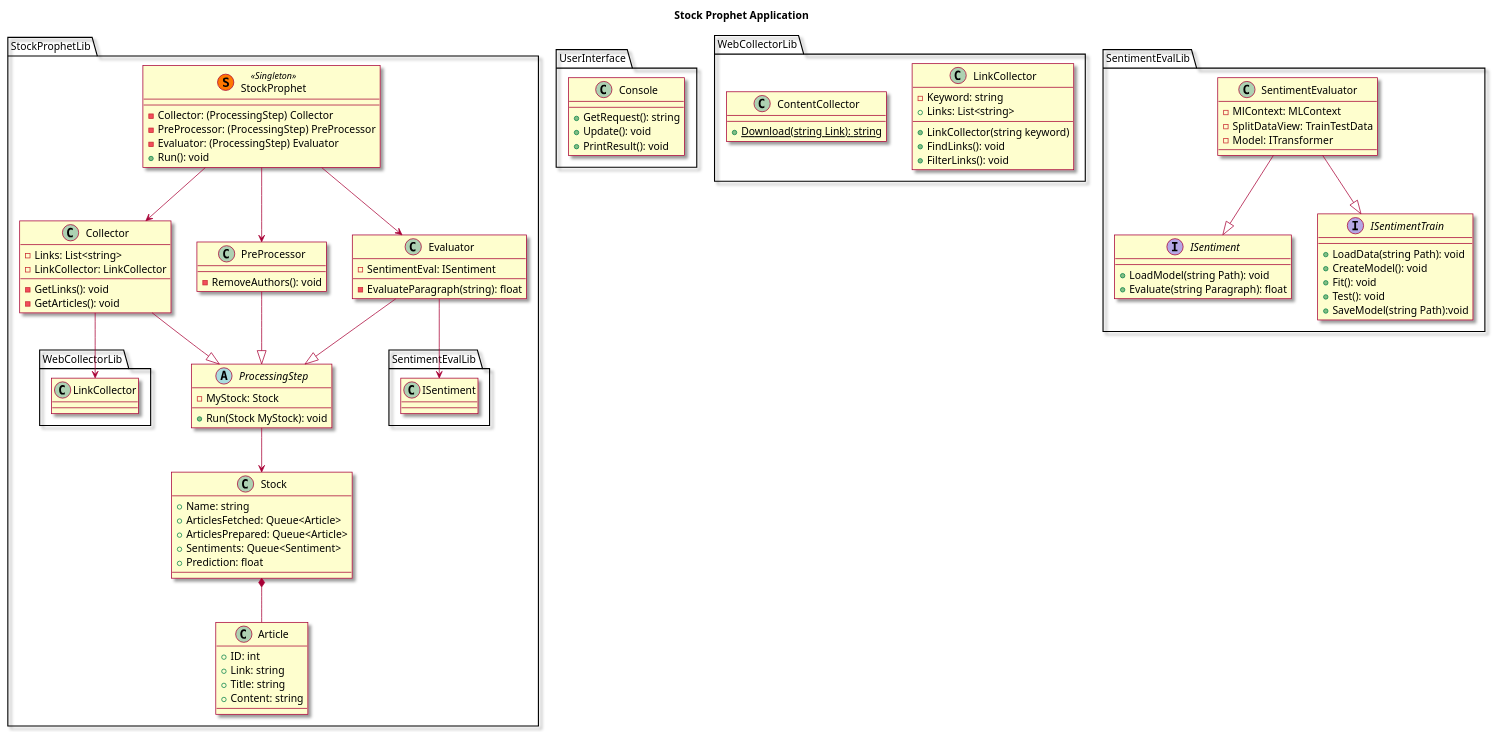
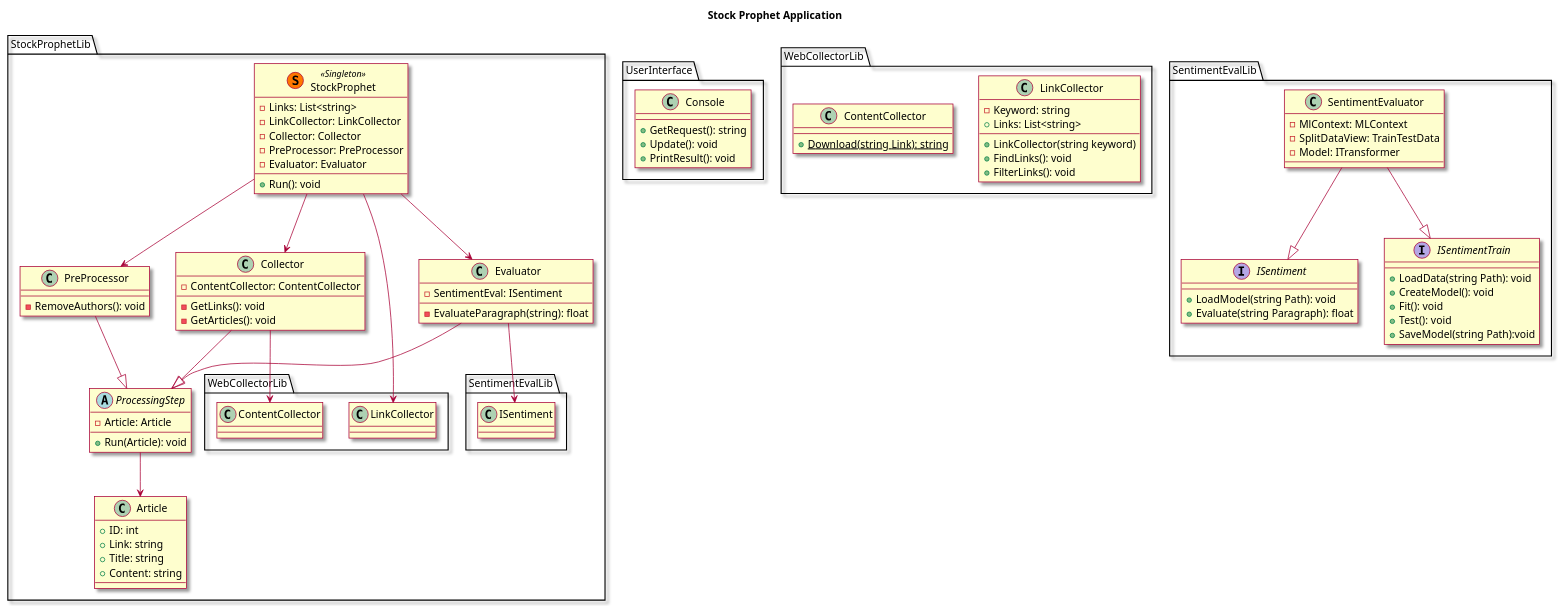
Before and after one commit to Ifi-Softwareentwicklung-SoSe2023/TUBAF_SE-Project_StockProphet: the diagram in doc/classDiagram.plantuml, drawn with PlantUML.

Commit message:
Update classDiagram.plantuml for better compliance with sequence diagrams

```diff
--- a/doc/classDiagram.plantuml
+++ b/doc/classDiagram.plantuml
@@ -1,121 +1,113 @@
 @startuml Project Model Class Diagram
 
 skin rose
 
 title Stock Prophet Application
 
 
 package StockProphetLib {
 
     class StockProphet << (S,#FF7700) Singleton >> {
-        -Collector: (ProcessingStep) Collector
-        -PreProcessor: (ProcessingStep) PreProcessor
-        -Evaluator: (ProcessingStep) Evaluator
+        -Links: List<string>
+        -LinkCollector: LinkCollector
+        -Collector: Collector
+        -PreProcessor: PreProcessor
+        -Evaluator: Evaluator
         +Run(): void
     }
+    StockProphet --> WebCollectorLib.LinkCollector
     StockProphet --> Collector
     StockProphet --> PreProcessor
     StockProphet --> Evaluator
 
     abstract ProcessingStep {
-        -MyStock: Stock
-        +Run(Stock MyStock): void
+        -Article: Article
+        +Run(Article): void
     }
-    ProcessingStep --> Stock
+    ProcessingStep --> Article
 
 
     class Collector {
-        -Links: List<string>
-        -LinkCollector: LinkCollector
+        -ContentCollector: ContentCollector
         -GetLinks(): void
         -GetArticles(): void
     }
     Collector --|> ProcessingStep
-    Collector --> WebCollectorLib.LinkCollector
+    Collector --> WebCollectorLib.ContentCollector
 
 
     class PreProcessor {
         -RemoveAuthors(): void
     }
     PreProcessor --|> ProcessingStep
 
 
     class Evaluator {
         -SentimentEval: ISentiment
         -EvaluateParagraph(string): float
     }
     Evaluator --|> ProcessingStep
     Evaluator --> SentimentEvalLib.ISentiment
-
-
-    class Stock {
-        +Name: string
-        +ArticlesFetched: Queue<Article>
-        +ArticlesPrepared: Queue<Article>
-        +Sentiments: Queue<Sentiment>
-        +Prediction: float
-    }
-    Stock *-- Article
 
 
     class Article {
         +ID: int
         +Link: string
         +Title: string
         +Content: string
     }
 }
 
 
 package UserInterface 
 {    
     class Console {
         +GetRequest(): string
         +Update(): void
         +PrintResult(): void
     }
 }
 
 
 package WebCollectorLib 
 {
     class LinkCollector {
         -Keyword: string
         +Links: List<string>
         +LinkCollector(string keyword)
         +FindLinks(): void
         +FilterLinks(): void
     }
 
     class ContentCollector {
         {static} +Download(string Link): string
     }
 }
 
 
 package SentimentEvalLib 
 {
     interface ISentiment {
         +LoadModel(string Path): void
         +Evaluate(string Paragraph): float
     }
 
     interface ISentimentTrain {
         +LoadData(string Path): void
         +CreateModel(): void
         +Fit(): void
         +Test(): void
         +SaveModel(string Path):void
     }
     
     class SentimentEvaluator {
         -MlContext: MLContext
         -SplitDataView: TrainTestData
         -Model: ITransformer
     }
     SentimentEvaluator --|> ISentiment
     SentimentEvaluator --|> ISentimentTrain
 }
 
 
 @enduml
```
